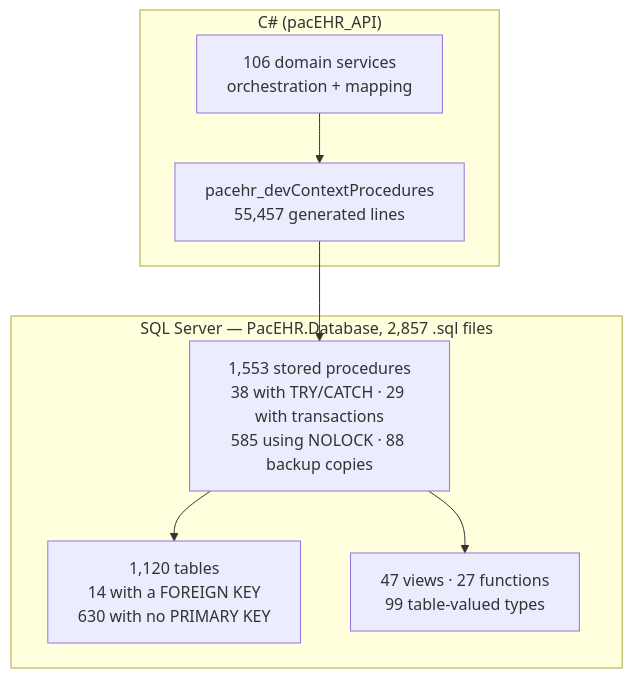
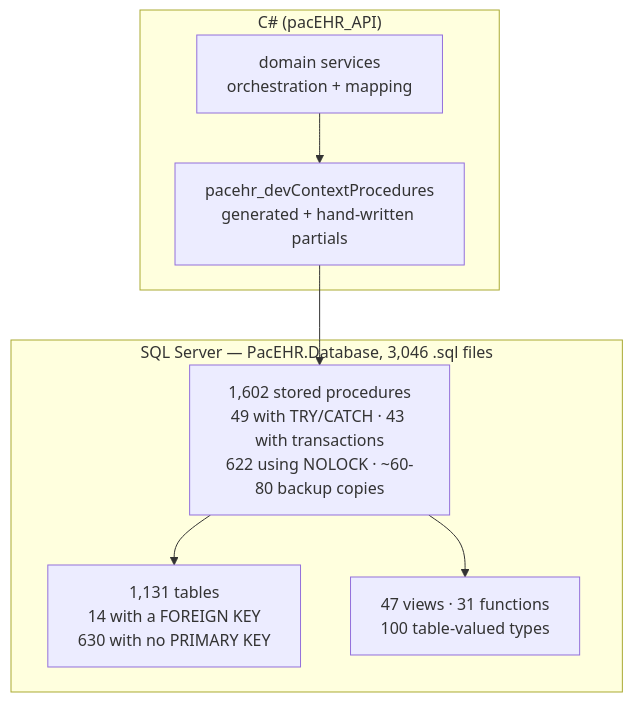
One commit to hemsingh-3PG/sai-systems-AIRE changed the second of 4 diagrams in docs/architecture-diagrams/03-data-sql-tier-deep-dive-diagrams.md. Above: the diagram before and after it, drawn with Mermaid. The commit also changed other lines of this file and 285 other files, not shown here.

````diff
--- a/docs/architecture-diagrams/03-data-sql-tier-deep-dive-diagrams.md
+++ b/docs/architecture-diagrams/03-data-sql-tier-deep-dive-diagrams.md
@@ -67,16 +68,16 @@
 ```mermaid
 flowchart TB
   subgraph CS["C# (pacEHR_API)"]
-    SVC["106 domain services<br/>orchestration + mapping"]
-    GEN["pacehr_devContextProcedures<br/>55,457 generated lines"]
+    SVC["domain services<br/>orchestration + mapping"]
+    GEN["pacehr_devContextProcedures<br/>generated + hand-written partials"]
   end
-  subgraph DB["SQL Server — PacEHR.Database, 2,857 .sql files"]
-    P["1,553 stored procedures<br/>38 with TRY/CATCH · 29 with transactions<br/>585 using NOLOCK · 88 backup copies"]
-    T["1,120 tables<br/>14 with a FOREIGN KEY<br/>630 with no PRIMARY KEY"]
-    V["47 views · 27 functions<br/>99 table-valued types"]
+  subgraph DB["SQL Server — PacEHR.Database, 3,046 .sql files"]
+    P["1,602 stored procedures<br/>49 with TRY/CATCH · 43 with transactions<br/>622 using NOLOCK · ~60-80 backup copies"]
+    T["1,131 tables<br/>14 with a FOREIGN KEY<br/>630 with no PRIMARY KEY"]
+    V["47 views · 31 functions<br/>100 table-valued types"]
   end
   SVC --> GEN
   GEN --> P
   P --> T
   P --> V
 ```
````
